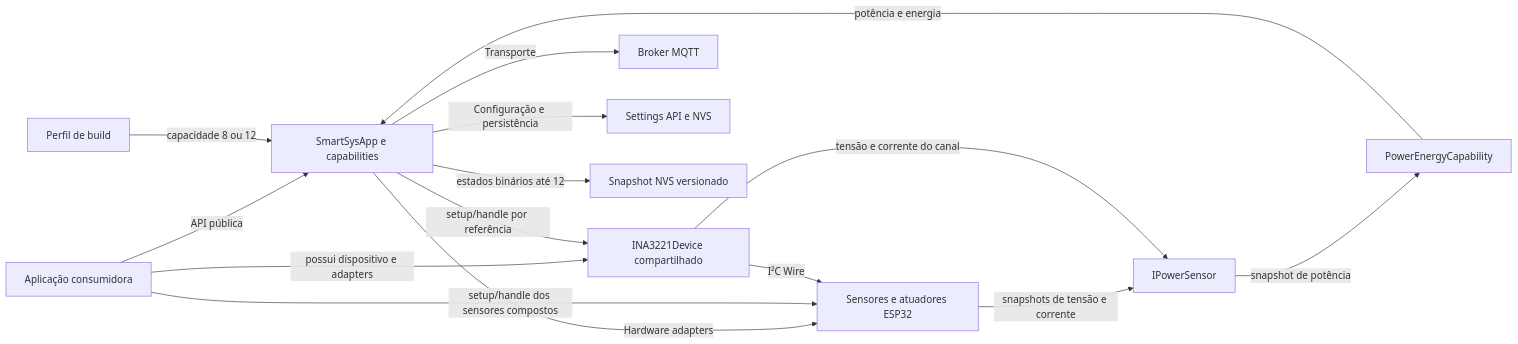
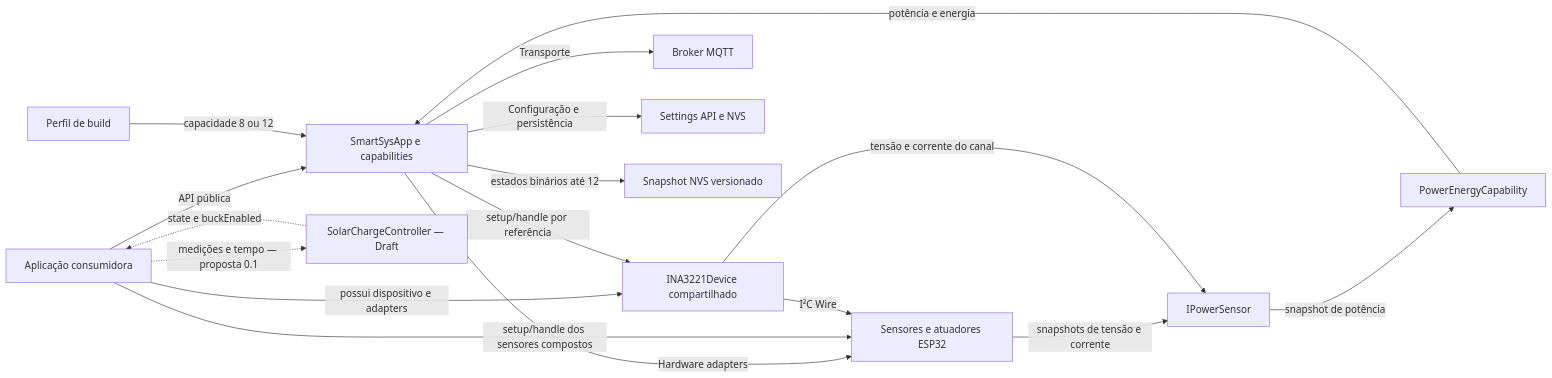
The diagram in docs/rfc/KNOWLEDGE-MAP.md (iotsmartsys/IoTSmartSysCore), drawn with Mermaid before and after one commit. The commit also changed other lines of this file and 2 other files, not shown here.

Commit message:
docs: specify SolarChargeController v0.1

````diff
--- a/docs/rfc/KNOWLEDGE-MAP.md
+++ b/docs/rfc/KNOWLEDGE-MAP.md
@@ -114,17 +124,19 @@
 ```mermaid
 flowchart LR
     APP["Aplicação consumidora"] -->|"API pública"| CORE["SmartSysApp e capabilities"]
+    APP -.->|"medições e tempo — proposta 0.1"| SOLAR["SolarChargeController — Draft"]
+    SOLAR -.->|"state e buckEnabled"| APP
     PROFILE["Perfil de build"] -->|"capacidade 8 ou 12"| CORE
     CORE -->|"Hardware adapters"| HW["Sensores e atuadores ESP32"]
     APP -->|"setup/handle dos sensores compostos"| HW
     APP -->|"possui dispositivo e adapters"| INA["INA3221Device compartilhado"]
     CORE -->|"setup/handle por referência"| INA
     INA -->|"I²C Wire"| HW
     HW -->|"snapshots de tensão e corrente"| PSENSOR["IPowerSensor"]
     INA -->|"tensão e corrente do canal"| PSENSOR
     PSENSOR -->|"snapshot de potência"| POWER["PowerEnergyCapability"]
     POWER -->|"potência e energia"| CORE
     CORE -->|"Transporte"| MQTT["Broker MQTT"]
     CORE -->|"Configuração e persistência"| SETTINGS["Settings API e NVS"]
     CORE -->|"estados binários até 12"| BCS["Snapshot NVS versionado"]
 ```
````
